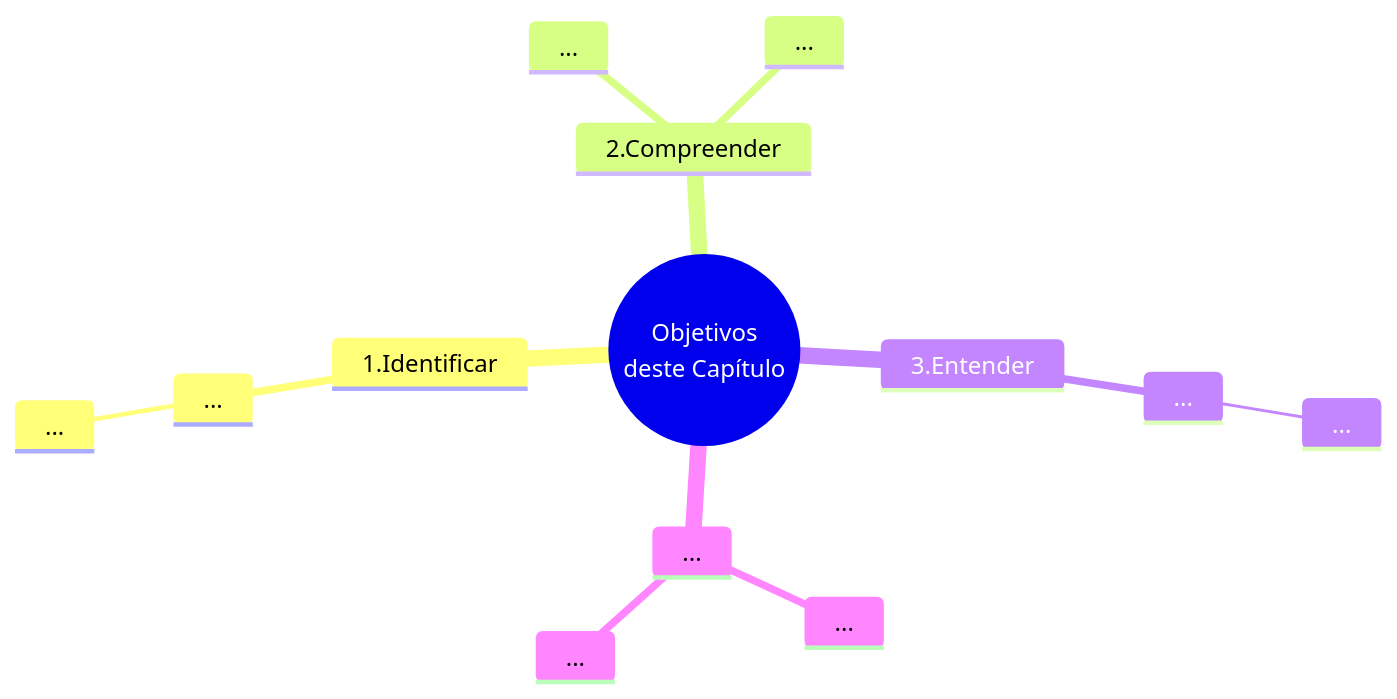
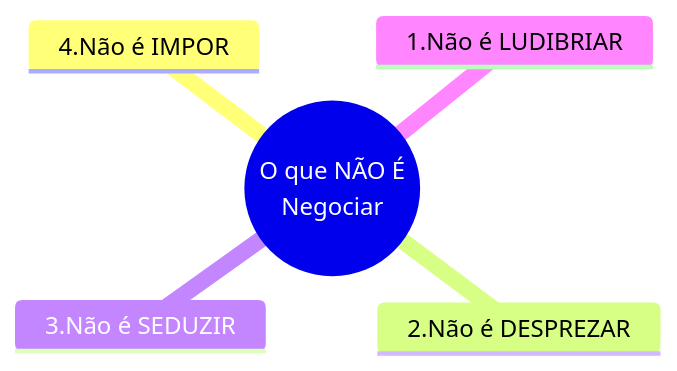
The first of 2 diagrams in livro-da-disciplina-UNIASSELVI-2023-estrategias-de-negociacao/capitulo-01-introducao-negociar-e-preciso.md (dnlclaudino/gestao-de-pessoas), drawn with Mermaid before and after one commit. The commit also changed other lines of this file, not shown here.

First line of the commit message:
Redigir: várias seções do capítulo 01

````diff
--- a/livro-da-disciplina-UNIASSELVI-2023-estrategias-de-negociacao/capitulo-01-introducao-negociar-e-preciso.md
+++ b/livro-da-disciplina-UNIASSELVI-2023-estrategias-de-negociacao/capitulo-01-introducao-negociar-e-preciso.md
@@ -5,16 +65,8 @@
 ```mermaid
 mindmap
-root((Objetivos<br>deste Capítulo))
-  1.Identificar
-    ...
-      ...
-  2.Compreender
-   ...
-   ...
-  3.Entender
-   ...
-      ...
-  ...
-    ...
-    ...
+root((O que NÃO É<br>Negociar))
+  4.Não é IMPOR
+  2.Não é DESPREZAR
+  3.Não é SEDUZIR
+  1.Não é LUDIBRIAR
 ```
````
